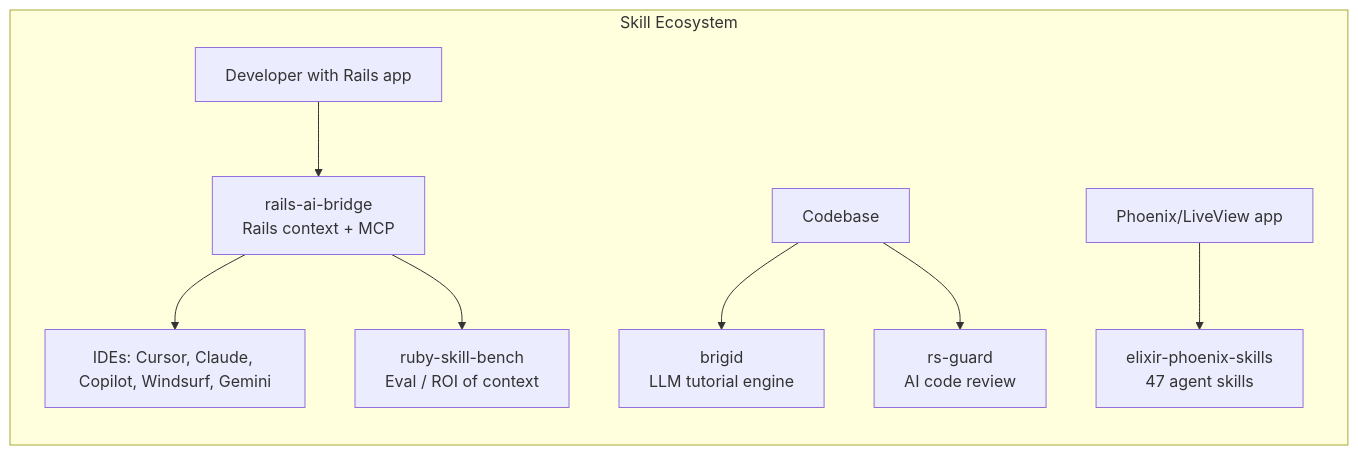
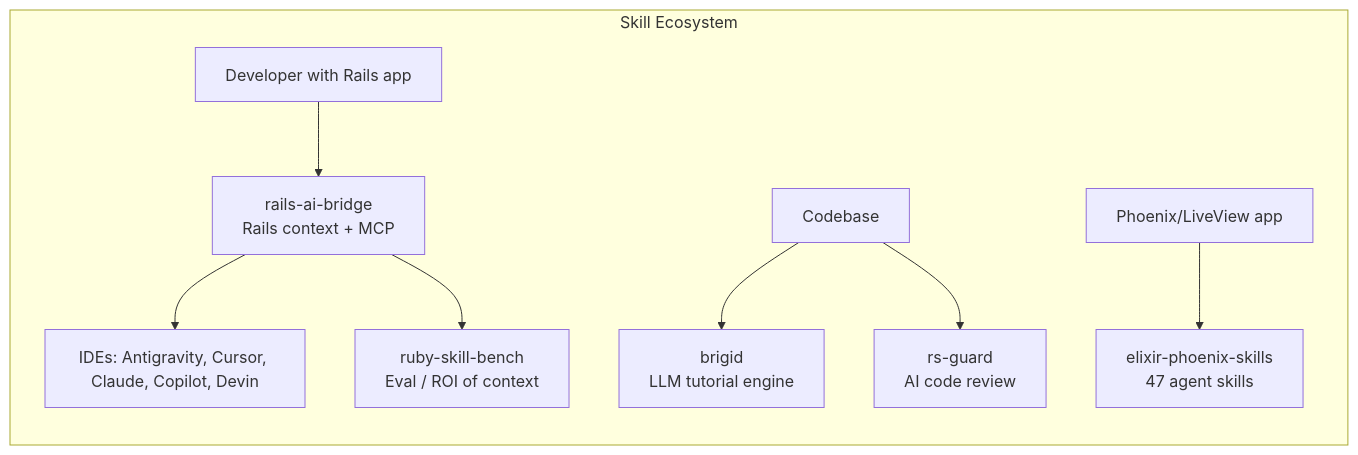
Before and after one commit to igmarin/igmarin: the diagram in README.md, drawn with Mermaid. The commit also changed other lines of this file, not shown here.

````diff
--- a/README.md
+++ b/README.md
@@ -41,11 +41,11 @@
 ```mermaid
 flowchart LR
     subgraph "Skill Ecosystem"
       Rails[Developer with Rails app] --> Bridge[rails-ai-bridge<br/>Rails context + MCP]
-      Bridge --> IDEs[IDEs: Cursor, Claude, Copilot, Windsurf, Gemini]
+      Bridge --> IDEs[IDEs: Antigravity, Cursor, Claude, Copilot, Devin]
       Bridge --> Bench[ruby-skill-bench<br/>Eval / ROI of context]
       Codebase[Codebase] --> Brigid[brigid<br/>LLM tutorial engine]
       Codebase --> Guard[rs-guard<br/>AI code review]
       Phoenix[Phoenix/LiveView app] --> Skills[elixir-phoenix-skills<br/>47 agent skills]
     end
 ```
````
